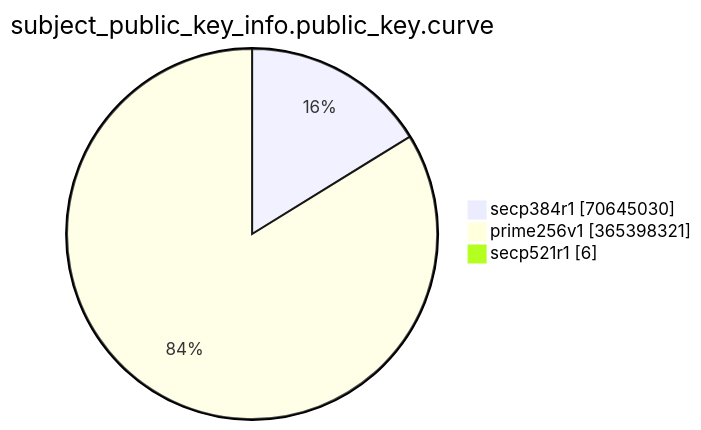
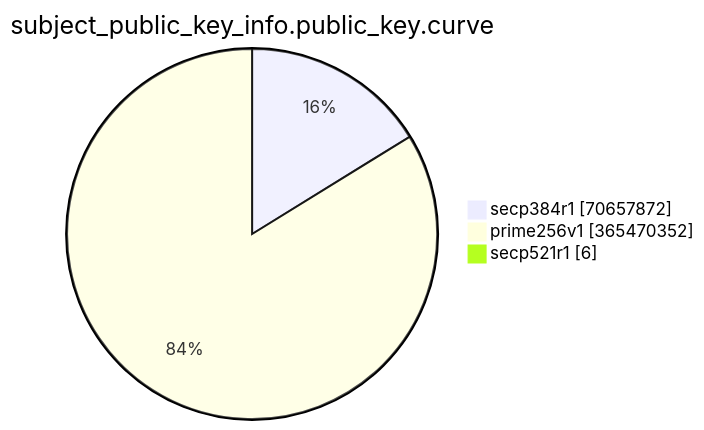
One commit to christiankrug/ctmonitor_visualization changed the eighth of 15 diagrams in TOTAL/README.md. Above: the diagram before and after it, drawn with Mermaid. The commit also changed other lines of this file, not shown here.

````diff
--- a/TOTAL/README.md
+++ b/TOTAL/README.md
@@ -3092,7 +3092,7 @@
 ```mermaid
 pie showData
 title subject_public_key_info.public_key.curve
-"secp384r1" :70645030
-"prime256v1" :365398321
+"secp384r1" :70657872
+"prime256v1" :365470352
 "secp521r1" :6
 ```
````
